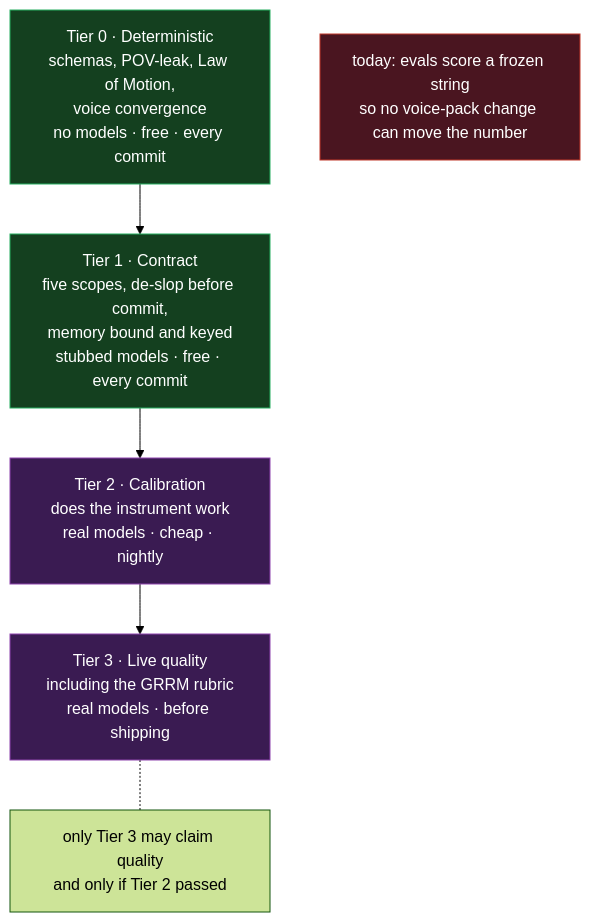
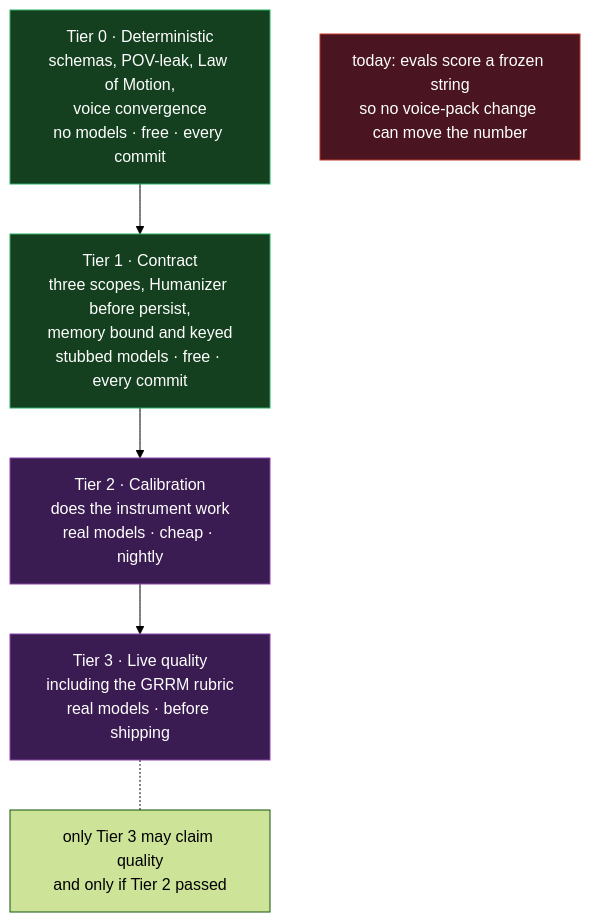
One commit to jsroga/nomos changed the eighth of 10 diagrams in .spec/opus/architecture-review/diagrams.md. Above: the diagram before and after it, drawn with Mermaid (forest theme). The commit also changed other lines of this file and 14 other files, not shown here.

Commit message:
doc(spec): architecture plan second opinion

````diff
--- a/.spec/opus/architecture-review/diagrams.md
+++ b/.spec/opus/architecture-review/diagrams.md
@@ -292,21 +291,21 @@
 ```mermaid
 flowchart TD
     T0["Tier 0 · Deterministic<br/>schemas, POV-leak, Law of Motion,<br/>voice convergence<br/>no models · free · every commit"]
-    T1["Tier 1 · Contract<br/>five scopes, de-slop before commit,<br/>memory bound and keyed<br/>stubbed models · free · every commit"]
+    T1["Tier 1 · Contract<br/>three scopes, Humanizer before persist,<br/>memory bound and keyed<br/>stubbed models · free · every commit"]
     T2["Tier 2 · Calibration<br/>does the instrument work<br/>real models · cheap · nightly"]
     T3["Tier 3 · Live quality<br/>including the GRRM rubric<br/>real models · before shipping"]
 
     T0 --> T1 --> T2 --> T3
 
     ONLY["only Tier 3 may claim quality<br/>and only if Tier 2 passed"]
     T3 -.- ONLY
 
     TODAY["today: evals score a frozen string<br/>so no voice-pack change can move the number"]
 
     classDef free fill:#14401f,stroke:#27ae60,color:#fff
     classDef paid fill:#3a1b52,stroke:#8e44ad,color:#fff
     classDef bad fill:#4a1520,stroke:#c0392b,color:#fff
     class T0,T1 free
     class T2,T3 paid
     class TODAY bad
 ```
````
